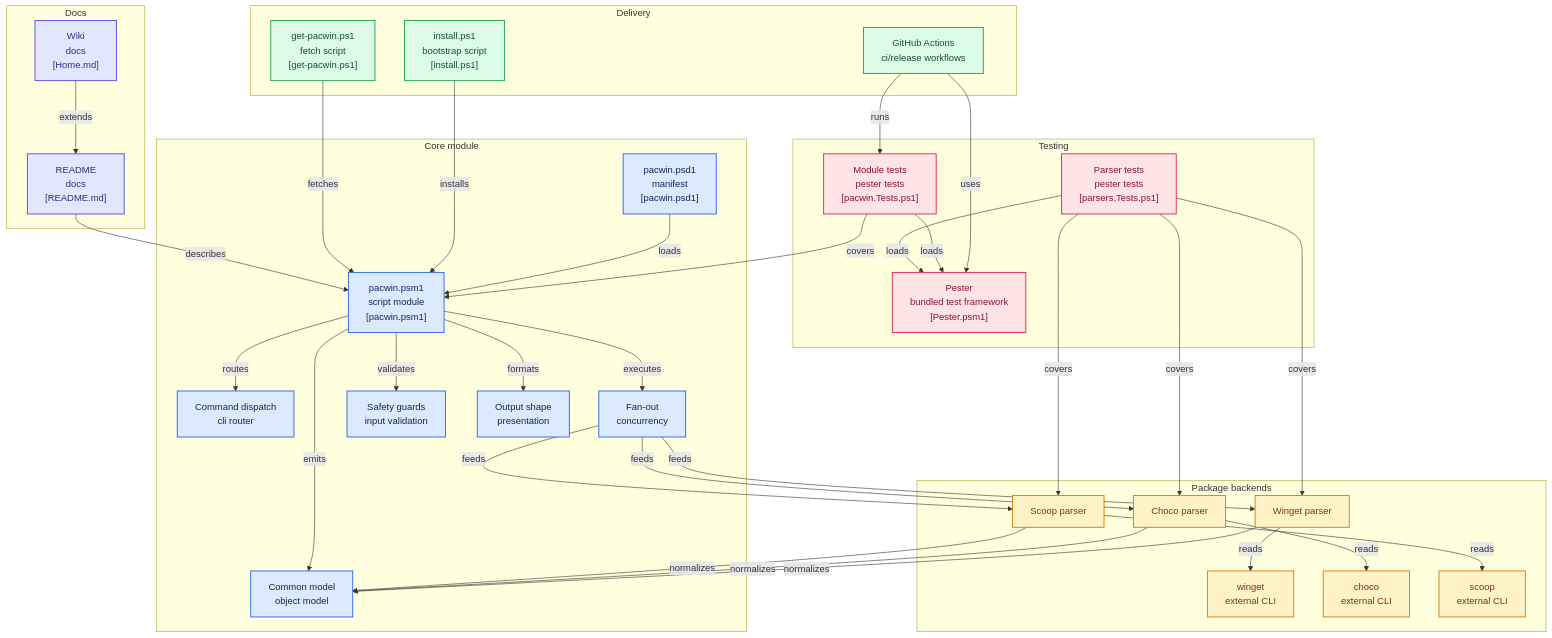
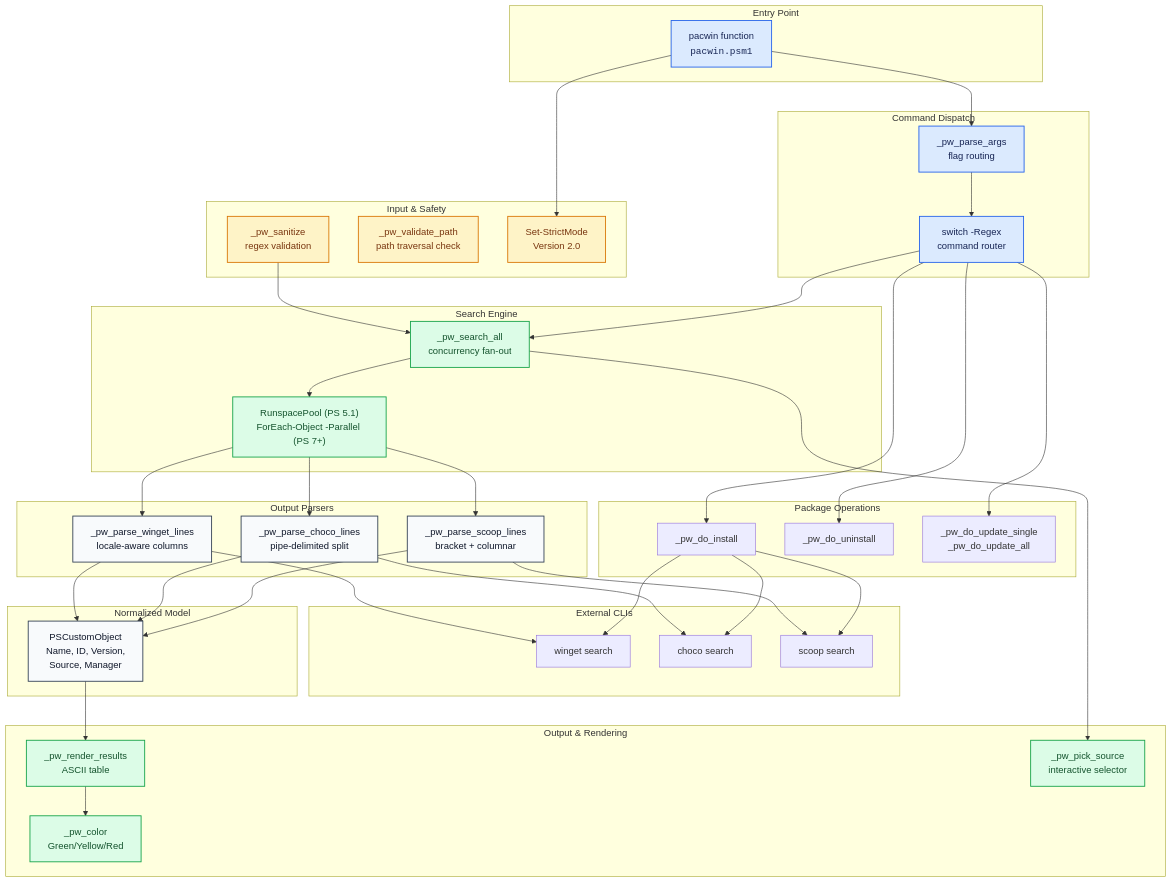
The diagram in README.md (julesklord/pacwin), drawn with Mermaid before and after one commit. The commit also changed other lines of this file, not shown here.

Commit message:
docs: rewrite architecture diagram to show script internals only
- Removed repo structure (CI, tests, docs, delivery) from diagram
- Added internal architecture: entry point, validation, dispatch, search engine, parsers, operations, output
- Shows data flow within pacwin.psm1 module
- Added key design decisions section

````diff
--- a/README.md
+++ b/README.md
@@ -157,90 +160,90 @@
 ```mermaid
 flowchart TD
+  subgraph entry["Entry Point"]
+    pacwin["pacwin function<br/><code>pacwin.psm1</code>"]
+  end
 
-subgraph group_core["Core module"]
-  node_pacwin_psm1["pacwin.psm1<br/>script module<br/>[pacwin.psm1]"]
-  node_pacwin_psd1["pacwin.psd1<br/>manifest<br/>[pacwin.psd1]"]
-  node_command_dispatch["Command dispatch<br/>cli router"]
-  node_backend_fanout["Fan-out<br/>concurrency"]
-  node_safety_guards["Safety guards<br/>input validation"]
-  node_output_shape["Output shape<br/>presentation"]
-  node_normalized_model["Common model<br/>object model"]
-end
+  subgraph validation["Input & Safety"]
+    sanitize["_pw_sanitize<br/>regex validation"]
+    validate_path["_pw_validate_path<br/>path traversal check"]
+    strict["Set-StrictMode<br/>Version 2.0"]
+  end
 
-subgraph group_backends["Package backends"]
-  node_winget_parser["Winget parser"]
-  node_choco_parser["Choco parser"]
-  node_scoop_parser["Scoop parser"]
-  node_winget_cli["winget<br/>external CLI"]
-  node_choco_cli["choco<br/>external CLI"]
-  node_scoop_cli["scoop<br/>external CLI"]
-end
+  subgraph dispatch["Command Dispatch"]
+    parse_args["_pw_parse_args<br/>flag routing"]
+    switch["switch -Regex<br/>command router"]
+  end
 
-subgraph group_delivery["Delivery"]
-  node_install_ps1["install.ps1<br/>bootstrap script<br/>[install.ps1]"]
-  node_get_pacwin_ps1["get-pacwin.ps1<br/>fetch script<br/>[get-pacwin.ps1]"]
-  node_github_workflows["GitHub Actions<br/>ci/release workflows"]
-end
+  subgraph search["Search Engine"]
+    search_all["_pw_search_all<br/>concurrency fan-out"]
+    runspace["RunspacePool (PS 5.1)<br/>ForEach-Object -Parallel (PS 7+)"]
+  end
 
-subgraph group_quality["Testing"]
-  node_pester_bundle["Pester<br/>bundled test framework<br/>[Pester.psm1]"]
-  node_module_tests["Module tests<br/>pester tests<br/>[pacwin.Tests.ps1]"]
-  node_parser_tests["Parser tests<br/>pester tests<br/>[parsers.Tests.ps1]"]
-end
+  subgraph parsers["Output Parsers"]
+    parse_winget["_pw_parse_winget_lines<br/>locale-aware columns"]
+    parse_choco["_pw_parse_choco_lines<br/>pipe-delimited split"]
+    parse_scoop["_pw_parse_scoop_lines<br/>bracket + columnar"]
+  end
 
-subgraph group_docs["Docs"]
-  node_readme_docs["README<br/>docs<br/>[README.md]"]
-  node_wiki_docs["Wiki<br/>docs<br/>[Home.md]"]
-end
+  subgraph external["External CLIs"]
+    winget_cli["winget search"]
+    choco_cli["choco search"]
+    scoop_cli["scoop search"]
+  end
 
-node_pacwin_psd1 -->|"loads"| node_pacwin_psm1
-node_pacwin_psm1 -->|"routes"| node_command_dispatch
-node_pacwin_psm1 -->|"executes"| node_backend_fanout
-node_pacwin_psm1 -->|"validates"| node_safety_guards
-node_pacwin_psm1 -->|"formats"| node_output_shape
-node_pacwin_psm1 -->|"emits"| node_normalized_model
-node_backend_fanout -->|"feeds"| node_winget_parser
-node_backend_fanout -->|"feeds"| node_choco_parser
-node_backend_fanout -->|"feeds"| node_scoop_parser
-node_winget_parser -->|"reads"| node_winget_cli
-node_choco_parser -->|"reads"| node_choco_cli
-node_scoop_parser -->|"reads"| node_scoop_cli
-node_winget_parser -->|"normalizes"| node_normalized_model
-node_choco_parser -->|"normalizes"| node_normalized_model
-node_scoop_parser -->|"normalizes"| node_normalized_model
-node_install_ps1 -->|"installs"| node_pacwin_psm1
-node_get_pacwin_ps1 -->|"fetches"| node_pacwin_psm1
-node_github_workflows -->|"runs"| node_module_tests
-node_github_workflows -->|"uses"| node_pester_bundle
-node_module_tests -->|"loads"| node_pester_bundle
-node_parser_tests -->|"loads"| node_pester_bundle
-node_module_tests -->|"covers"| node_pacwin_psm1
-node_parser_tests -->|"covers"| node_winget_parser
-node_parser_tests -->|"covers"| node_choco_parser
-node_parser_tests -->|"covers"| node_scoop_parser
-node_readme_docs -->|"describes"| node_pacwin_psm1
-node_wiki_docs -->|"extends"| node_readme_docs
+  subgraph operations["Package Operations"]
+    install["_pw_do_install"]
+    uninstall["_pw_do_uninstall"]
+    update["_pw_do_update_single<br/>_pw_do_update_all"]
+  end
 
-click node_pacwin_psm1 "https://github.com/julesklord/pacwin/blob/main/pacwin.psm1"
-click node_pacwin_psd1 "https://github.com/julesklord/pacwin/blob/main/pacwin.psd1"
-click node_install_ps1 "https://github.com/julesklord/pacwin/blob/main/install.ps1"
-click node_get_pacwin_ps1 "https://github.com/julesklord/pacwin/blob/main/get-pacwin.ps1"
-click node_readme_docs "https://github.com/julesklord/pacwin/blob/main/README.md"
-click node_wiki_docs "https://github.com/julesklord/pacwin/blob/main/wiki/Home.md"
-click node_pester_bundle "https://github.com/julesklord/pacwin/blob/main/tests/modules/Pester/Pester.psm1"
-click node_module_tests "https://github.com/julesklord/pacwin/blob/main/tests/pacwin.Tests.ps1"
-click node_parser_tests "https://github.com/julesklord/pacwin/blob/main/tests/parsers.Tests.ps1"
+  subgraph output["Output & Rendering"]
+    render["_pw_render_results<br/>ASCII table"]
+    color["_pw_color<br/>Green/Yellow/Red"]
+    pick["_pw_pick_source<br/>interactive selector"]
+  end
 
-classDef toneNeutral fill:#f8fafc,stroke:#334155,stroke-width:1.5px,color:#0f172a
-classDef toneBlue fill:#dbeafe,stroke:#2563eb,stroke-width:1.5px,color:#172554
-classDef toneAmber fill:#fef3c7,stroke:#d97706,stroke-width:1.5px,color:#78350f
-classDef toneMint fill:#dcfce7,stroke:#16a34a,stroke-width:1.5px,color:#14532d
-classDef toneRose fill:#ffe4e6,stroke:#e11d48,stroke-width:1.5px,color:#881337
-classDef toneIndigo fill:#e0e7ff,stroke:#4f46e5,stroke-width:1.5px,color:#312e81
-classDef toneTeal fill:#ccfbf1,stroke:#0f766e,stroke-width:1.5px,color:#134e4a
-class node_pacwin_psm1,node_pacwin_psd1,node_command_dispatch,node_backend_fanout,node_safety_guards,node_output_shape,node_normalized_model toneBlue
-class node_winget_parser,node_choco_parser,node_scoop_parser,node_winget_cli,node_choco_cli,node_scoop_cli toneAmber
-class node_install_ps1,node_get_pacwin_ps1,node_github_workflows toneMint
-class node_pester_bundle,node_module_tests,node_parser_tests toneRose
-class node_readme_docs,node_wiki_docs toneIndigo
+  subgraph model["Normalized Model"]
+    pscustom["PSCustomObject<br/>Name, ID, Version,<br/>Source, Manager"]
+  end
+
+  pacwin --> parse_args
+  pacwin --> strict
+  parse_args --> switch
+  sanitize --> search_all
+  switch --> search_all
+  switch --> install
+  switch --> uninstall
+  switch --> update
+
+  search_all --> runspace
+  runspace --> parse_winget
+  runspace --> parse_choco
+  runspace --> parse_scoop
+
+  parse_winget --> winget_cli
+  parse_choco --> choco_cli
+  parse_scoop --> scoop_cli
+
+  parse_winget --> pscustom
+  parse_choco --> pscustom
+  parse_scoop --> pscustom
+
+  pscustom --> render
+  render --> color
+  search_all --> pick
+
+  install --> winget_cli
+  install --> choco_cli
+  install --> scoop_cli
+
+  classDef blue fill:#dbeafe,stroke:#2563eb,stroke-width:1.5px,color:#172554
+  classDef amber fill:#fef3c7,stroke:#d97706,stroke-width:1.5px,color:#78350f
+  classDef green fill:#dcfce7,stroke:#16a34a,stroke-width:1.5px,color:#14532d
+  classDef gray fill:#f8fafc,stroke:#334155,stroke-width:1.5px,color:#0f172a
+
+  class pacwin,parse_args,switch blue
+  class sanitize,validate_path,strict amber
+  class search_all,runspace,render,color,pick green
+  class parse_winget,parse_choco,parse_scoop,pscustom gray
 ```
````
